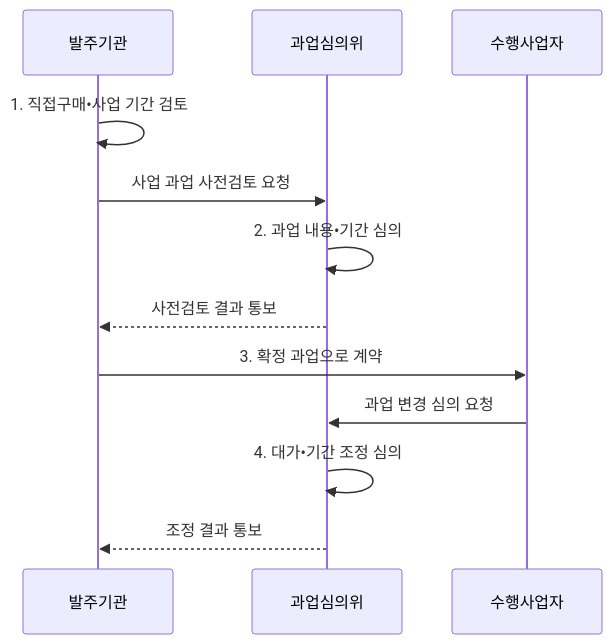
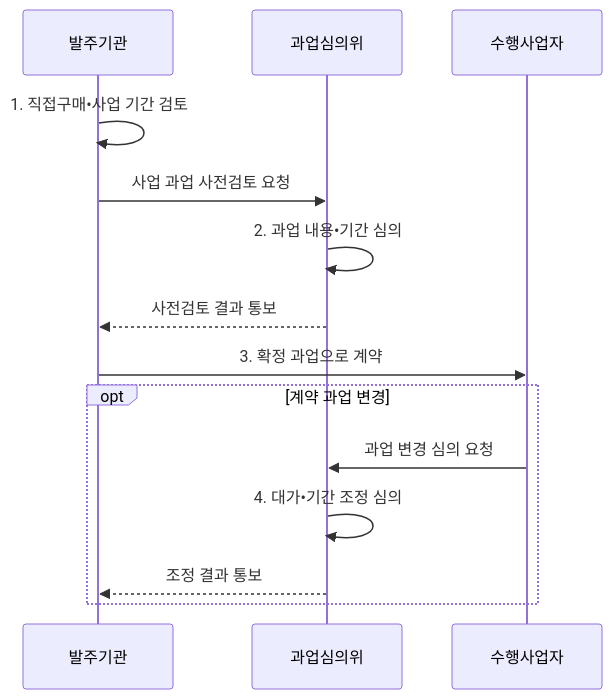
The second of 2 diagrams in src/content/docs/notes/07-law-policy/015_sw_promotion_act.md (agnusdei1207/knowledge-base), drawn with Mermaid before and after one commit. The commit also changed other lines of this file and 18 other files, not shown here.

````diff
--- a/src/content/docs/notes/07-law-policy/015_sw_promotion_act.md
+++ b/src/content/docs/notes/07-law-policy/015_sw_promotion_act.md
@@ -101,14 +101,16 @@
 ```mermaid
 sequenceDiagram
     participant O as 발주기관
     participant C as 과업심의위
     participant B as 수행사업자
     O->>O: 1. 직접구매•사업 기간 검토
     O->>C: 사업 과업 사전검토 요청
     C->>C: 2. 과업 내용•기간 심의
     C-->>O: 사전검토 결과 통보
     O->>B: 3. 확정 과업으로 계약
-    B->>C: 과업 변경 심의 요청
-    C->>C: 4. 대가•기간 조정 심의
-    C-->>O: 조정 결과 통보
+    opt 계약 과업 변경
+        B->>C: 과업 변경 심의 요청
+        C->>C: 4. 대가•기간 조정 심의
+        C-->>O: 조정 결과 통보
+    end
 ```
````
